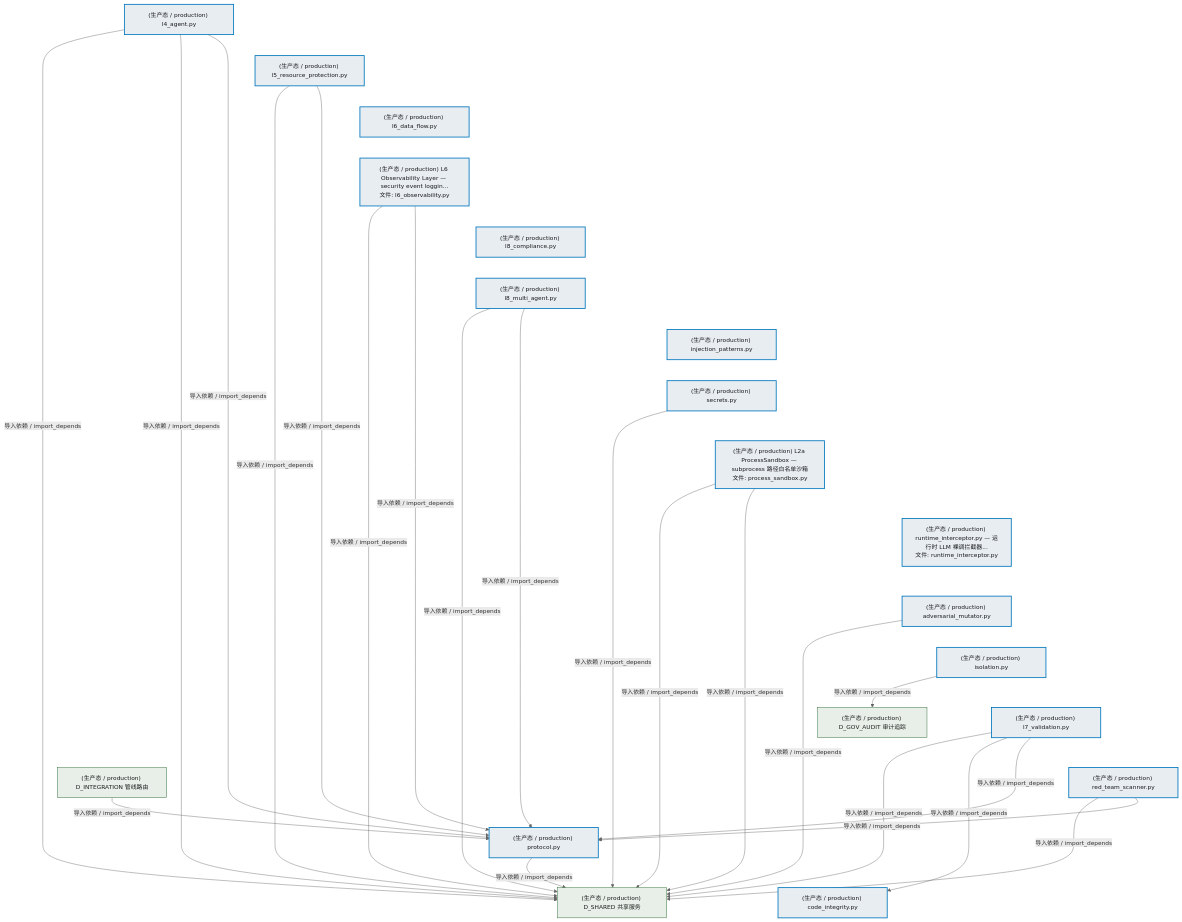
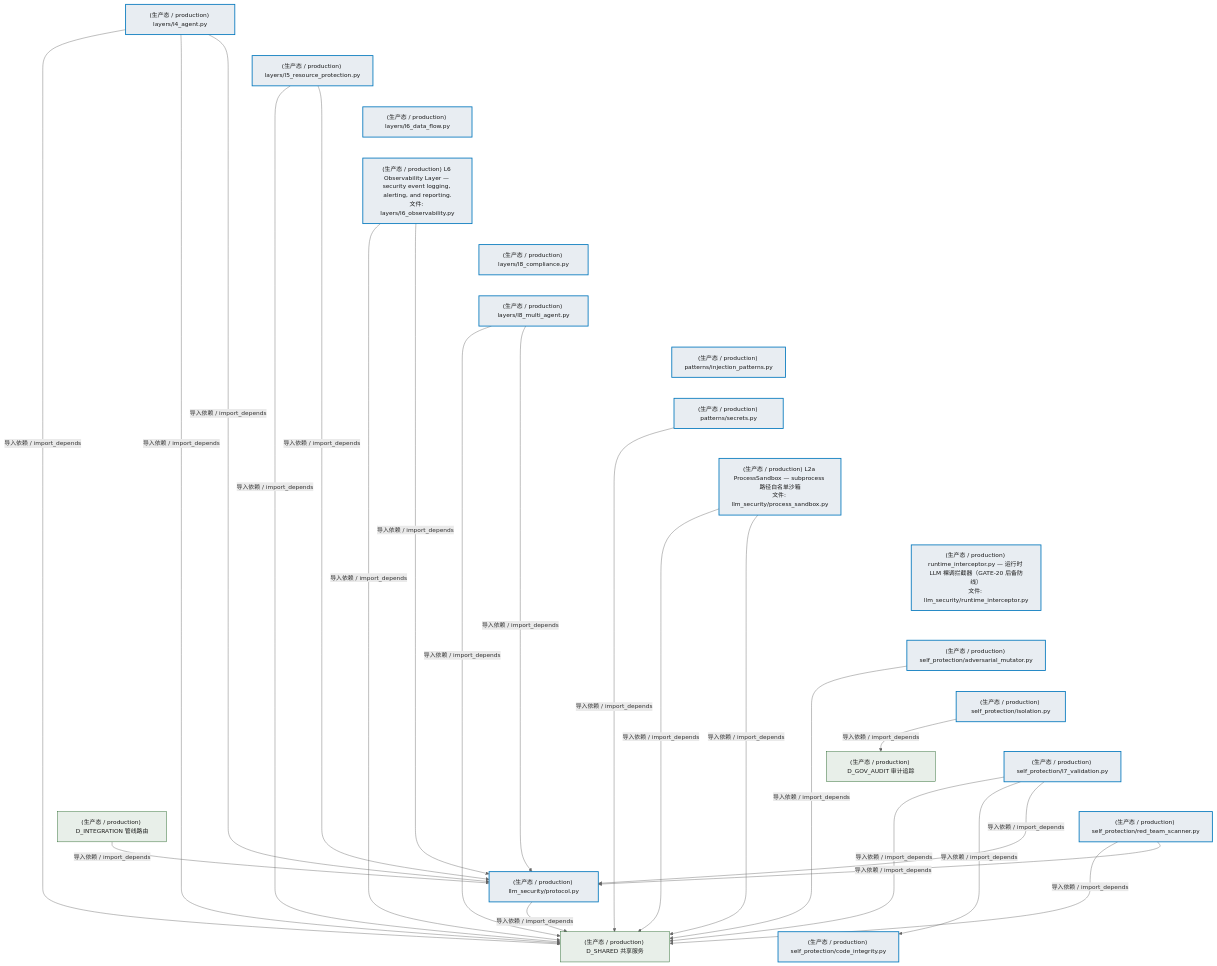
The sixth of 8 diagrams in docs/02_enterprise_architecture/02_domain_architecture_docs/27_d_security.md (xuanFelixVan/ZephyrAlpha), drawn with Mermaid before and after one commit. The commit also changed other lines of this file and 63 other files, not shown here.

````diff
--- a/docs/02_enterprise_architecture/02_domain_architecture_docs/27_d_security.md
+++ b/docs/02_enterprise_architecture/02_domain_architecture_docs/27_d_security.md
@@ -772,64 +772,64 @@
 ```mermaid
 %%{init: {'theme': 'base', 'themeVariables': {'primaryColor': '#eaeaea', 'primaryTextColor': '#333333', 'primaryBorderColor': '#666666', 'lineColor': '#666666', 'secondaryColor': '#eaeaea', 'tertiaryColor': '#eaeaea', 'fontSize': '14px'}}}%%
 flowchart TD
-    src_zephyr_security_llm_defense_llm_security_layers_l4_agent_py["(生产态 / production) l4_agent.py"]
-    src_zephyr_security_llm_defense_llm_security_layers_l5_resource_protection_py["(生产态 / production) l5_resource_protection.py"]
-    src_zephyr_security_llm_defense_llm_security_layers_l6_data_flow_py["(生产态 / production) l6_data_flow.py"]
-    src_zephyr_security_llm_defense_llm_security_layers_l6_observability_py["(生产态 / production) L6 Observability Layer — security event loggin...<br/>文件: l6_observability.py"]
-    src_zephyr_security_llm_defense_llm_security_layers_l8_compliance_py["(生产态 / production) l8_compliance.py"]
-    src_zephyr_security_llm_defense_llm_security_layers_l8_multi_agent_py["(生产态 / production) l8_multi_agent.py"]
-    src_zephyr_security_llm_defense_llm_security_patterns_injection_patterns_py["(生产态 / production) injection_patterns.py"]
-    src_zephyr_security_llm_defense_llm_security_patterns_secrets_py["(生产态 / production) secrets.py"]
-    src_zephyr_security_llm_defense_llm_security_process_sandbox_py["(生产态 / production) L2a ProcessSandbox — subprocess 路径白名单沙箱<br/>文件: process_sandbox.py"]
-    src_zephyr_security_llm_defense_llm_security_runtime_interceptor_py["(生产态 / production) runtime_interceptor.py — 运行时 LLM 裸调拦截器...<br/>文件: runtime_interceptor.py"]
-    src_zephyr_security_llm_defense_llm_security_self_protection_adversarial_mutator_py["(生产态 / production) adversarial_mutator.py"]
-    src_zephyr_security_llm_defense_llm_security_self_protection_isolation_py["(生产态 / production) isolation.py"]
-    src_zephyr_security_llm_defense_llm_security_self_protection_l7_validation_py["(生产态 / production) l7_validation.py"]
-    src_zephyr_security_llm_defense_llm_security_self_protection_red_team_scanner_py["(生产态 / production) red_team_scanner.py"]
+    src_zephyr_security_llm_defense_llm_security_layers_l4_agent_py["(生产态 / production) layers/l4_agent.py"]
+    src_zephyr_security_llm_defense_llm_security_layers_l5_resource_protection_py["(生产态 / production) layers/l5_resource_protection.py"]
+    src_zephyr_security_llm_defense_llm_security_layers_l6_data_flow_py["(生产态 / production) layers/l6_data_flow.py"]
+    src_zephyr_security_llm_defense_llm_security_layers_l6_observability_py["(生产态 / production) L6 Observability Layer — security event logging, alerting, and reporting.<br/>文件: layers/l6_observability.py"]
+    src_zephyr_security_llm_defense_llm_security_layers_l8_compliance_py["(生产态 / production) layers/l8_compliance.py"]
+    src_zephyr_security_llm_defense_llm_security_layers_l8_multi_agent_py["(生产态 / production) layers/l8_multi_agent.py"]
+    src_zephyr_security_llm_defense_llm_security_patterns_injection_patterns_py["(生产态 / production) patterns/injection_patterns.py"]
+    src_zephyr_security_llm_defense_llm_security_patterns_secrets_py["(生产态 / production) patterns/secrets.py"]
+    src_zephyr_security_llm_defense_llm_security_process_sandbox_py["(生产态 / production) L2a ProcessSandbox — subprocess 路径白名单沙箱<br/>文件: llm_security/process_sandbox.py"]
+    src_zephyr_security_llm_defense_llm_security_runtime_interceptor_py["(生产态 / production) runtime_interceptor.py — 运行时 LLM 裸调拦截器（GATE-20 后备防线）<br/>文件: llm_security/runtime_interceptor.py"]
+    src_zephyr_security_llm_defense_llm_security_self_protection_adversarial_mutator_py["(生产态 / production) self_protection/adversarial_mutator.py"]
+    src_zephyr_security_llm_defense_llm_security_self_protection_isolation_py["(生产态 / production) self_protection/isolation.py"]
+    src_zephyr_security_llm_defense_llm_security_self_protection_l7_validation_py["(生产态 / production) self_protection/l7_validation.py"]
+    src_zephyr_security_llm_defense_llm_security_self_protection_red_team_scanner_py["(生产态 / production) self_protection/red_team_scanner.py"]
     src_zephyr_security_llm_defense_llm_security_layers_l4_agent_py ~~~ src_zephyr_security_llm_defense_llm_security_layers_l5_resource_protection_py
     src_zephyr_security_llm_defense_llm_security_layers_l5_resource_protection_py ~~~ src_zephyr_security_llm_defense_llm_security_layers_l6_data_flow_py
     src_zephyr_security_llm_defense_llm_security_layers_l6_data_flow_py ~~~ src_zephyr_security_llm_defense_llm_security_layers_l6_observability_py
     src_zephyr_security_llm_defense_llm_security_layers_l6_observability_py ~~~ src_zephyr_security_llm_defense_llm_security_layers_l8_compliance_py
     src_zephyr_security_llm_defense_llm_security_layers_l8_compliance_py ~~~ src_zephyr_security_llm_defense_llm_security_layers_l8_multi_agent_py
     src_zephyr_security_llm_defense_llm_security_layers_l8_multi_agent_py ~~~ src_zephyr_security_llm_defense_llm_security_patterns_injection_patterns_py
     src_zephyr_security_llm_defense_llm_security_patterns_injection_patterns_py ~~~ src_zephyr_security_llm_defense_llm_security_patterns_secrets_py
     src_zephyr_security_llm_defense_llm_security_patterns_secrets_py ~~~ src_zephyr_security_llm_defense_llm_security_process_sandbox_py
     src_zephyr_security_llm_defense_llm_security_process_sandbox_py ~~~ src_zephyr_security_llm_defense_llm_security_runtime_interceptor_py
     src_zephyr_security_llm_defense_llm_security_runtime_interceptor_py ~~~ src_zephyr_security_llm_defense_llm_security_self_protection_adversarial_mutator_py
     src_zephyr_security_llm_defense_llm_security_self_protection_adversarial_mutator_py ~~~ src_zephyr_security_llm_defense_llm_security_self_protection_isolation_py
     src_zephyr_security_llm_defense_llm_security_self_protection_isolation_py ~~~ src_zephyr_security_llm_defense_llm_security_self_protection_l7_validation_py
     src_zephyr_security_llm_defense_llm_security_self_protection_l7_validation_py ~~~ src_zephyr_security_llm_defense_llm_security_self_protection_red_team_scanner_py
-    src_zephyr_security_llm_defense_llm_security_protocol_py["(生产态 / production) protocol.py"]
-    src_zephyr_security_llm_defense_llm_security_self_protection_code_integrity_py["(生产态 / production) code_integrity.py"]
+    src_zephyr_security_llm_defense_llm_security_protocol_py["(生产态 / production) llm_security/protocol.py"]
+    src_zephyr_security_llm_defense_llm_security_self_protection_code_integrity_py["(生产态 / production) self_protection/code_integrity.py"]
     src_zephyr_security_llm_defense_llm_security_protocol_py ~~~ src_zephyr_security_llm_defense_llm_security_self_protection_code_integrity_py
     src_zephyr_security_llm_defense_llm_security_layers_l4_agent_py -->|导入依赖 / import_depends| src_zephyr_security_llm_defense_llm_security_protocol_py
     src_zephyr_security_llm_defense_llm_security_layers_l8_multi_agent_py -->|导入依赖 / import_depends| src_zephyr_security_llm_defense_llm_security_protocol_py
     src_zephyr_security_llm_defense_llm_security_layers_l5_resource_protection_py -->|导入依赖 / import_depends| src_zephyr_security_llm_defense_llm_security_protocol_py
     src_zephyr_security_llm_defense_llm_security_layers_l6_observability_py -->|导入依赖 / import_depends| src_zephyr_security_llm_defense_llm_security_protocol_py
     src_zephyr_security_llm_defense_llm_security_self_protection_l7_validation_py -->|导入依赖 / import_depends| src_zephyr_security_llm_defense_llm_security_protocol_py
     src_zephyr_security_llm_defense_llm_security_self_protection_l7_validation_py -->|导入依赖 / import_depends| src_zephyr_security_llm_defense_llm_security_self_protection_code_integrity_py
     src_zephyr_security_llm_defense_llm_security_self_protection_red_team_scanner_py -->|导入依赖 / import_depends| src_zephyr_security_llm_defense_llm_security_protocol_py
     D_SHARED["(生产态 / production) D_SHARED 共享服务"]
     src_zephyr_security_llm_defense_llm_security_layers_l6_observability_py -->|导入依赖 / import_depends| D_SHARED
     src_zephyr_security_llm_defense_llm_security_layers_l4_agent_py -->|导入依赖 / import_depends| D_SHARED
     src_zephyr_security_llm_defense_llm_security_self_protection_adversarial_mutator_py -->|导入依赖 / import_depends| D_SHARED
     src_zephyr_security_llm_defense_llm_security_process_sandbox_py -->|导入依赖 / import_depends| D_SHARED
     src_zephyr_security_llm_defense_llm_security_self_protection_l7_validation_py -->|导入依赖 / import_depends| D_SHARED
     D_GOV_AUDIT["(生产态 / production) D_GOV_AUDIT 审计追踪"]
     src_zephyr_security_llm_defense_llm_security_self_protection_isolation_py -->|导入依赖 / import_depends| D_GOV_AUDIT
     src_zephyr_security_llm_defense_llm_security_layers_l8_multi_agent_py -->|导入依赖 / import_depends| D_SHARED
     src_zephyr_security_llm_defense_llm_security_layers_l4_agent_py -->|导入依赖 / import_depends| D_SHARED
     src_zephyr_security_llm_defense_llm_security_layers_l5_resource_protection_py -->|导入依赖 / import_depends| D_SHARED
     src_zephyr_security_llm_defense_llm_security_self_protection_red_team_scanner_py -->|导入依赖 / import_depends| D_SHARED
     src_zephyr_security_llm_defense_llm_security_patterns_secrets_py -->|导入依赖 / import_depends| D_SHARED
     src_zephyr_security_llm_defense_llm_security_process_sandbox_py -->|导入依赖 / import_depends| D_SHARED
     src_zephyr_security_llm_defense_llm_security_protocol_py -->|导入依赖 / import_depends| D_SHARED
     D_INTEGRATION["(生产态 / production) D_INTEGRATION 管线路由"]
     D_INTEGRATION -->|导入依赖 / import_depends| src_zephyr_security_llm_defense_llm_security_protocol_py
     classDef production fill:#e8edf2,stroke:#0277bd,stroke-width:2px,color:#1a1a1a
     classDef design fill:#f0ebe3,stroke:#bf360c,stroke-width:2px,color:#1a1a1a,stroke-dasharray: 5 5
     classDef external_prod fill:#e8efe9,stroke:#1b5e20,stroke-width:1px,color:#1a1a1a
     classDef external_design fill:#efe5ea,stroke:#880e4f,stroke-width:1px,color:#1a1a1a,stroke-dasharray: 5 5
     class src_zephyr_security_llm_defense_llm_security_layers_l4_agent_py,src_zephyr_security_llm_defense_llm_security_layers_l5_resource_protection_py,src_zephyr_security_llm_defense_llm_security_layers_l6_data_flow_py,src_zephyr_security_llm_defense_llm_security_layers_l6_observability_py,src_zephyr_security_llm_defense_llm_security_layers_l8_compliance_py,src_zephyr_security_llm_defense_llm_security_layers_l8_multi_agent_py,src_zephyr_security_llm_defense_llm_security_patterns_injection_patterns_py,src_zephyr_security_llm_defense_llm_security_patterns_secrets_py,src_zephyr_security_llm_defense_llm_security_process_sandbox_py,src_zephyr_security_llm_defense_llm_security_protocol_py,src_zephyr_security_llm_defense_llm_security_runtime_interceptor_py,src_zephyr_security_llm_defense_llm_security_self_protection_adversarial_mutator_py,src_zephyr_security_llm_defense_llm_security_self_protection_code_integrity_py,src_zephyr_security_llm_defense_llm_security_self_protection_isolation_py,src_zephyr_security_llm_defense_llm_security_self_protection_l7_validation_py,src_zephyr_security_llm_defense_llm_security_self_protection_red_team_scanner_py production
     class D_SHARED,D_GOV_AUDIT,D_INTEGRATION external_prod
 ```
````
